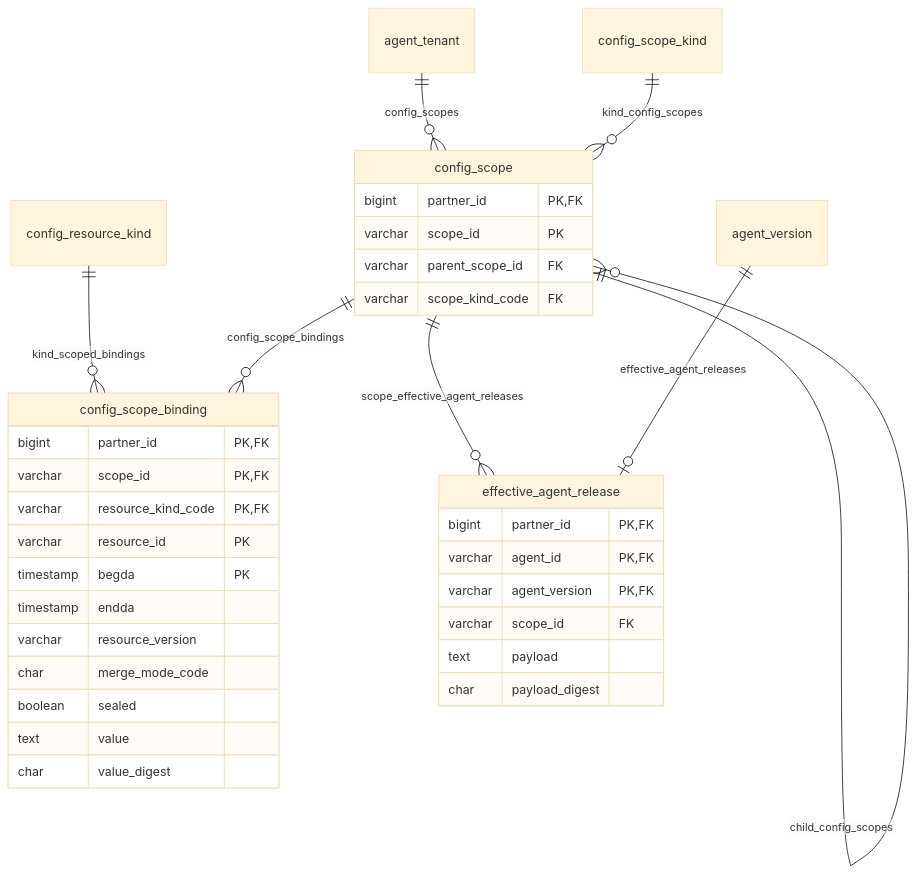
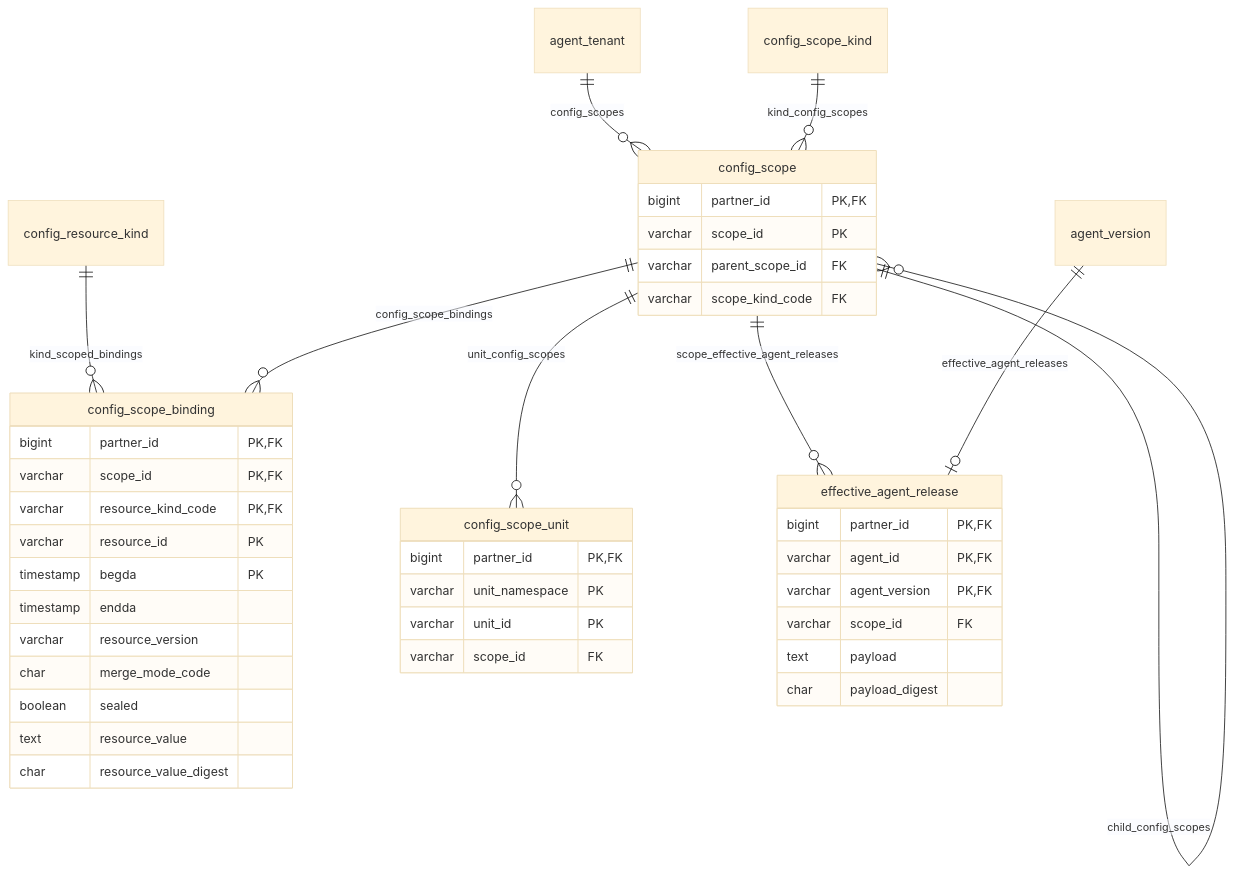
Before and after one commit to nauticana/scout: the tenth of 24 diagrams in doc/database.md, drawn with Mermaid (base theme). The commit also changed other lines of this file and 84 other files, not shown here.

Commit message:
retrieval usage settled by the turn, catalog skill requirements, organization-unit scopes, assignment pins, evaluation control arm

````diff
--- a/doc/database.md
+++ b/doc/database.md
@@ -1136,38 +1149,45 @@
 ```mermaid
 erDiagram
     config_resource_kind ||--o{ config_scope_binding : kind_scoped_bindings
     agent_tenant ||--o{ config_scope : config_scopes
     config_scope_kind ||--o{ config_scope : kind_config_scopes
     config_scope ||--o{ config_scope : child_config_scopes
     config_scope ||--o{ config_scope_binding : config_scope_bindings
+    config_scope ||--o{ config_scope_unit : unit_config_scopes
     config_scope ||--o{ effective_agent_release : scope_effective_agent_releases
     agent_version ||--o| effective_agent_release : effective_agent_releases
 
     config_scope {
         bigint partner_id PK,FK
         varchar scope_id PK
         varchar parent_scope_id FK
         varchar scope_kind_code FK
+    }
+    config_scope_unit {
+        bigint partner_id PK,FK
+        varchar unit_namespace PK
+        varchar unit_id PK
+        varchar scope_id FK
     }
     config_scope_binding {
         bigint partner_id PK,FK
         varchar scope_id PK,FK
         varchar resource_kind_code PK,FK
         varchar resource_id PK
         timestamp begda PK
         timestamp endda
         varchar resource_version
         char merge_mode_code
         boolean sealed
-        text value
-        char value_digest
+        text resource_value
+        char resource_value_digest
     }
     effective_agent_release {
         bigint partner_id PK,FK
         varchar agent_id PK,FK
         varchar agent_version PK,FK
         varchar scope_id FK
         text payload
         char payload_digest
     }
 ```
````
